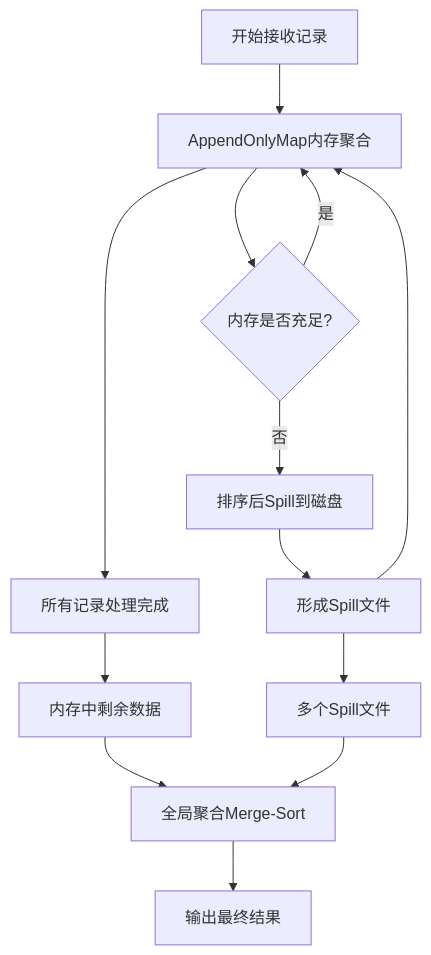
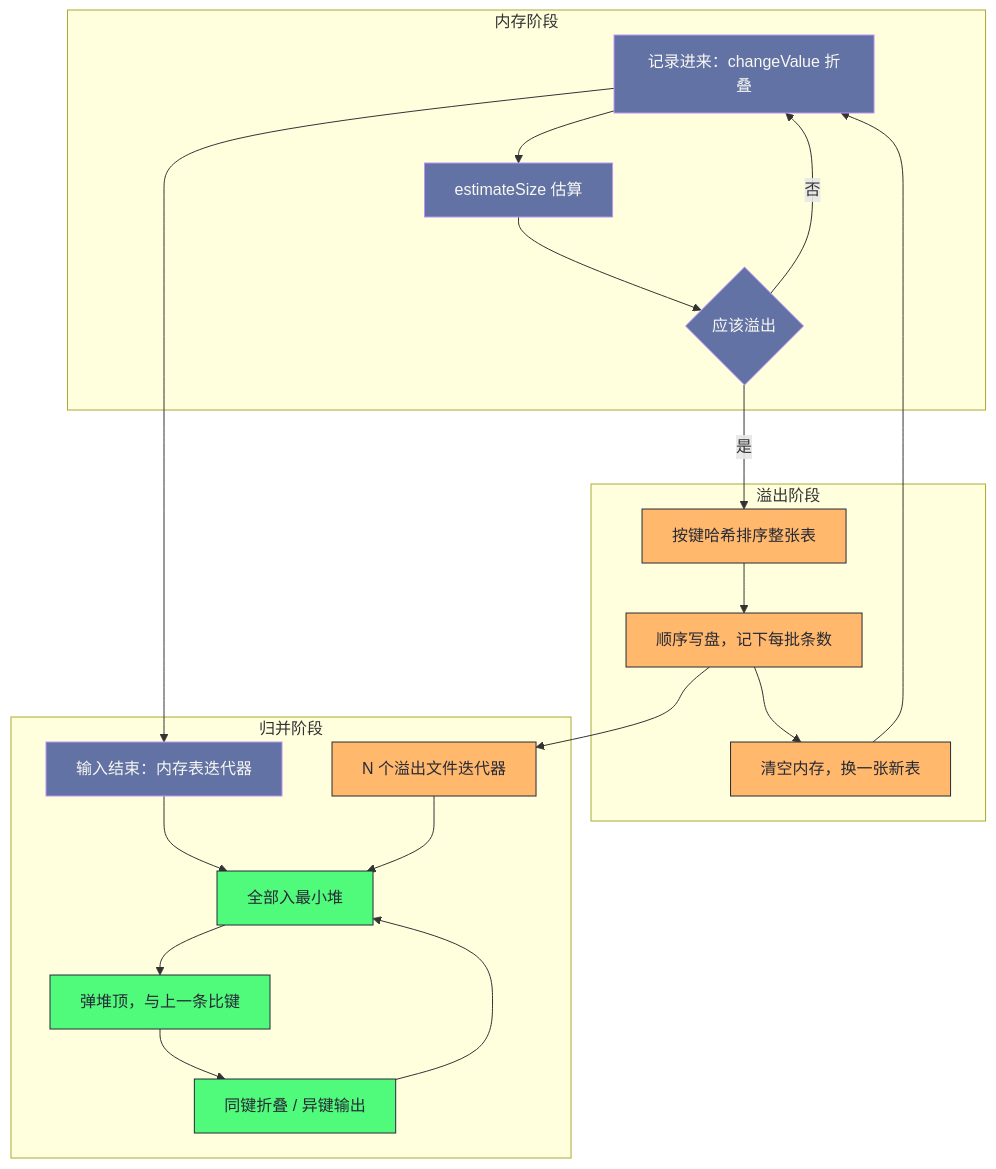
One commit to hpliStartAgain/my-brain changed the fifth of 6 diagrams in content/大数据/Spark/读书笔记-spark内核/05_Shuffle核心机制/6. Spark_Shuffle聚合与排序结构.md. Above: the diagram before and after it, drawn with Mermaid. The commit also changed other lines of this file and 259 other files, not shown here.

````diff
--- a/content/大数据/Spark/读书笔记-spark内核/05_Shuffle核心机制/6. Spark_Shuffle聚合与排序结构.md
+++ b/content/大数据/Spark/读书笔记-spark内核/05_Shuffle核心机制/6. Spark_Shuffle聚合与排序结构.md
@@ -107,17 +488,30 @@
 ```mermaid
+%%{init: {'theme': 'dracula'}}%%
 flowchart TD
-    A["开始接收记录"] --> B["AppendOnlyMap内存聚合"]
-    B --> C{"内存是否充足?"}
-    C -->|"是"| B
-    C -->|"否"| D["排序后Spill到磁盘"]
-    D --> E["形成Spill文件"]
-    E --> B
-    
-    B --> F["所有记录处理完成"]
-    F --> G["内存中剩余数据"]
-    E --> H["多个Spill文件"]
-    
-    G --> I["全局聚合Merge-Sort"]
-    H --> I
-    I --> J["输出最终结果"]
+    subgraph M["内存阶段"]
+        A["记录进来：changeValue 折叠"] --> B["estimateSize 估算"]
+        B --> C{"应该溢出"}
+        C -- "否" --> A
+    end
+    subgraph S["溢出阶段"]
+        C -- "是" --> D["按键哈希排序整张表"]
+        D --> E["顺序写盘，记下每批条数"]
+        E --> F["清空内存，换一张新表"]
+        F --> A
+    end
+    subgraph G["归并阶段"]
+        A --> H["输入结束：内存表迭代器"]
+        E --> I["N 个溢出文件迭代器"]
+        H --> J["全部入最小堆"]
+        I --> J
+        J --> K["弹堆顶，与上一条比键"]
+        K --> L["同键折叠 / 异键输出"]
+        L --> J
+    end
+    classDef mem fill:#6272a4,stroke:#bd93f9,color:#f8f8f2
+    classDef disk fill:#ffb86c,stroke:#282a36,color:#282a36
+    classDef out fill:#50fa7b,stroke:#282a36,color:#282a36
+    class A,B,C,H mem
+    class D,E,F,I disk
+    class J,K,L out
 ```
````
